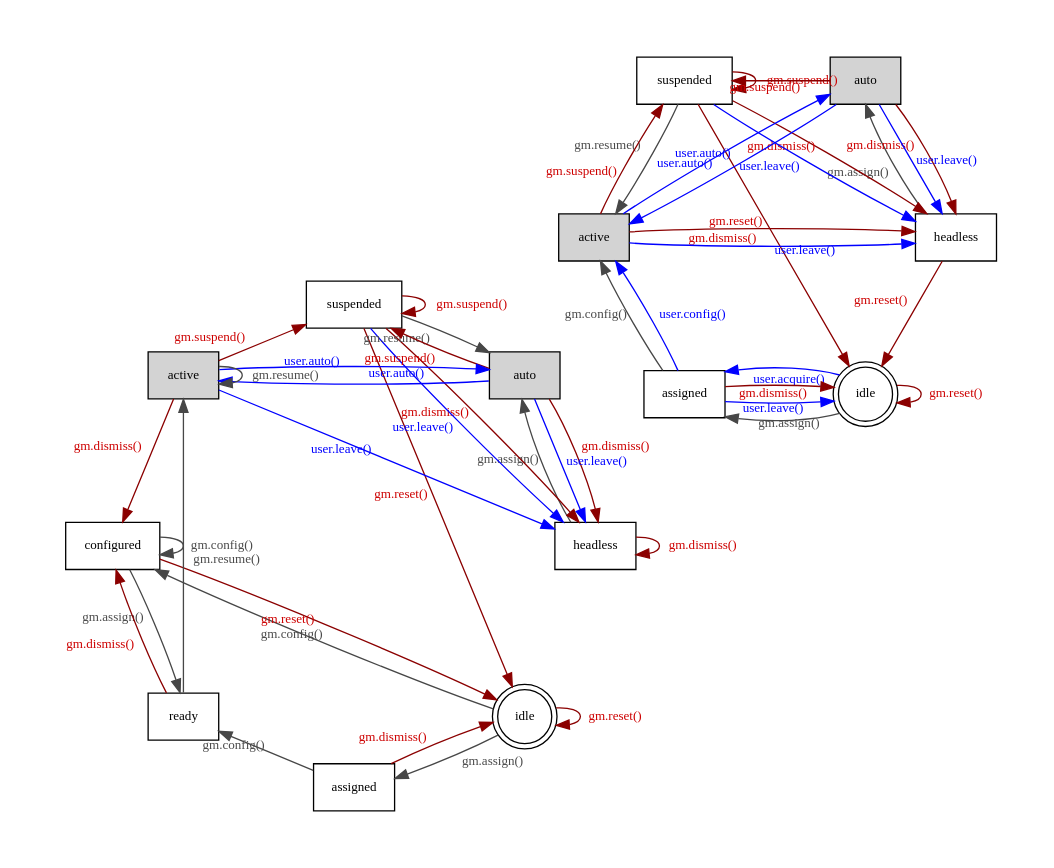
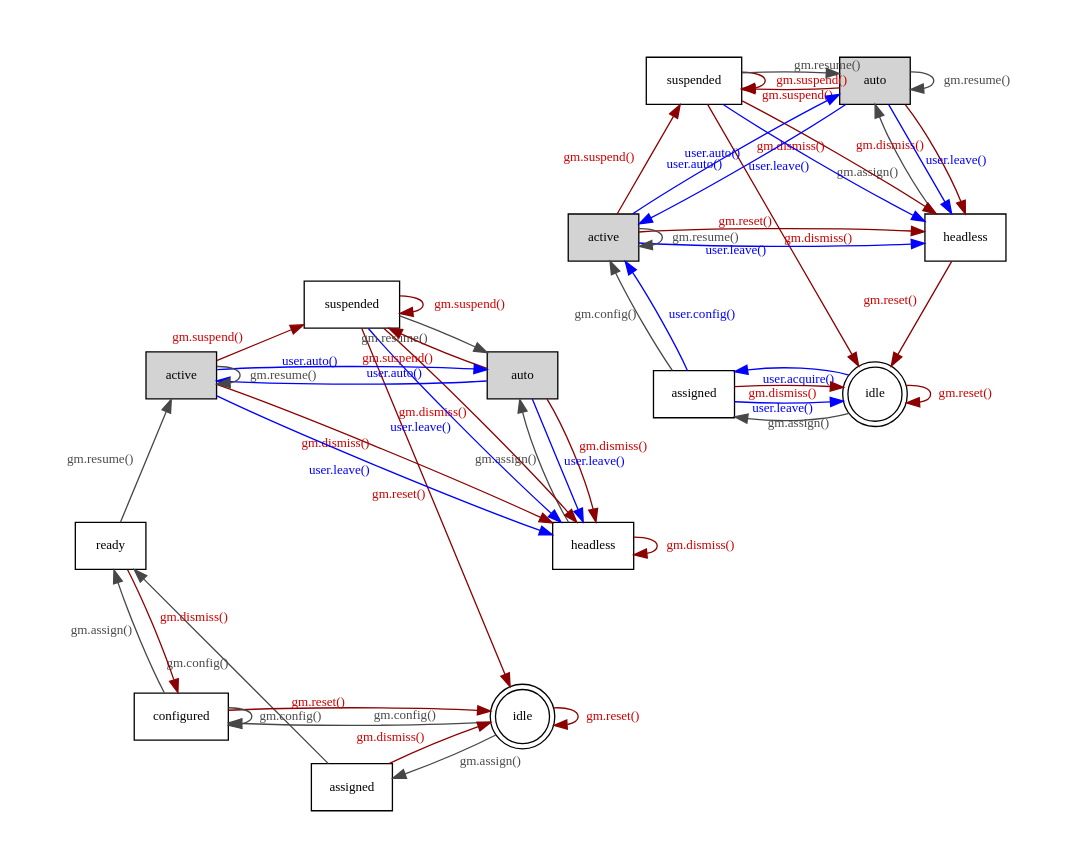
The diagram in docs/city-fsm.dot (jfsmig/hegemonie), drawn with Graphviz before and after one commit. The commit also changed 25 other files, not shown here.

```diff
--- a/docs/city-fsm.dot
+++ b/docs/city-fsm.dot
@@ -1,10 +1,10 @@
 digraph g {
-	pad=0.5;
-	layout=circo;
-	rankdir=LR;
-	graph[scale=2];
-	node[fontsize=10];
-	edge[fontsize=10];
+  pad=0.5;
+  layout=circo;
+  rankdir=LR;
+  graph[scale=2];
+  node[fontsize=10];
+  edge[fontsize=10];
 
   subgraph cluster_private {
     node            [shape=doublecircle];
@@ -15,124 +15,124 @@
     priv_ready      [label="ready"];
     priv_headless   [label="headless"];
     priv_suspended  [label="suspended"];
-		node            [style=filled;fillcolor=lightgrey];
+    node            [style=filled;fillcolor=lightgrey];
     priv_auto       [label="auto"];
     priv_active     [label="active"];
 
-		edge[color=gray28;fontcolor=gray29];
+    edge[color=gray28;fontcolor=gray29];
     priv_idle -> priv_configured [label="gm.config()"];
     priv_idle -> priv_assigned   [label="gm.assign()"];
   //priv_idle -> error           [label="gm.resume()"];
-		edge[color=red4;fontcolor=red3];
+    edge[color=red4;fontcolor=red3];
   //priv_idle -> error           [label="gm.dismiss()"];
   //priv_idle -> error           [label="gm.suspend()"];
     priv_idle -> priv_idle       [label="gm.reset()"];  // no-op
-		edge[color=blue;fontcolor=blue];
+    edge[color=blue;fontcolor=blue];
   //priv_idle -> error           [label="user.config()"];
   //priv_idle -> error           [label="user.acquire()"];
   //priv_idle -> error           [label="user.leave()"];
   //priv_idle -> error           [label="user.auto()"];
 
-		edge[color=gray28;fontcolor=gray29];
+    edge[color=gray28;fontcolor=gray29];
     priv_assigned -> priv_ready    [label="gm.config()"];
   //priv_assigned -> error         [label="gm.assign()"];
   //priv_assigned -> error         [label="gm.resume()"];
-		edge[color=red4;fontcolor=red3];
+    edge[color=red4;fontcolor=red3];
     priv_assigned -> priv_idle     [label="gm.dismiss()"];
   //priv_assigned -> error         [label="gm.suspend()"];
   //priv_assigned -> error         [label="gm.reset()"];
-		edge[color=blue;fontcolor=blue];
+    edge[color=blue;fontcolor=blue];
   //priv_assigned -> error         [label="user.config()"];
   //priv_assigned -> error         [label="user.acquire()"];
   //priv_assigned -> error         [label="user.leave()"];
   //priv_assigned -> error         [label="user.auto()"];
 
-		edge[color=gray28;fontcolor=gray29];
+    edge[color=gray28;fontcolor=gray29];
     priv_configured -> priv_configured [label="gm.config()"];
     priv_configured -> priv_ready      [label="gm.assign()"];
   //priv_configured -> error           [label="gm.resume()"];
-		edge[color=red4;fontcolor=red3];
+    edge[color=red4;fontcolor=red3];
   //priv_configured -> error           [label="gm.dismiss()"];
   //priv_configured -> error           [label="gm.suspend()"];
     priv_configured -> priv_idle       [label="gm.reset()"];
-		edge[color=blue;fontcolor=blue];
+    edge[color=blue;fontcolor=blue];
   //priv_configured -> error           [label="user.config()"];
   //priv_configured -> error           [label="user.acquire()"];
   //priv_configured -> error           [label="user.leave()"];
   //priv_configured -> error           [label="user.auto()"];
 
-		edge[color=gray28;fontcolor=gray29];
+    edge[color=gray28;fontcolor=gray29];
   //priv_ready -> error           [label="gm.config()"];
   //priv_ready -> error           [label="gm.assign()"];
     priv_ready -> priv_active     [label="gm.resume()"];
-		edge[color=red4;fontcolor=red3];
+    edge[color=red4;fontcolor=red3];
     priv_ready -> priv_configured [label="gm.dismiss()"];
   //priv_ready -> error           [label="gm.suspend()"];
   //priv_ready -> error           [label="gm.reset()"];
-		edge[color=blue;fontcolor=blue];
+    edge[color=blue;fontcolor=blue];
   //priv_ready -> error           [label="user.config()"];
   //priv_ready -> error           [label="user.acquire()"];
   //priv_ready -> error           [label="user.leave()"];
   //priv_ready -> error           [label="user.auto()"];
 
-		edge[color=gray28;fontcolor=gray29];
+    edge[color=gray28;fontcolor=gray29];
   //priv_active -> error           [label="gm.config()"];
   //priv_active -> error           [label="gm.assign()"];
     priv_active -> priv_active     [label="gm.resume()"];  // no-op
-		edge[color=red4;fontcolor=red3];
-    priv_active -> priv_configured [label="gm.dismiss()"];
+    edge[color=red4;fontcolor=red3];
+    priv_active -> priv_headless   [label="gm.dismiss()"];
     priv_active -> priv_suspended  [label="gm.suspend()"];
   //priv_active -> error           [label="gm.reset()"];
-		edge[color=blue;fontcolor=blue];
+    edge[color=blue;fontcolor=blue];
   //priv_active -> error           [label="user.config()"];
   //priv_active -> error           [label="user.acquire()"];
     priv_active -> priv_headless   [label="user.leave()"];
     priv_active -> priv_auto       [label="user.auto()"];
 
-		edge[color=gray28;fontcolor=gray29];
+    edge[color=gray28;fontcolor=gray29];
   //priv_auto -> error           [label="gm.config()"];
   //priv_auto -> error           [label="gm.assign()"];
   //priv_auto -> error           [label="gm.resume()"];
-		edge[color=red4;fontcolor=red3];
+    edge[color=red4;fontcolor=red3];
     priv_auto -> priv_headless   [label="gm.dismiss()"];
     priv_auto -> priv_suspended  [label="gm.suspend()"];
   //priv_auto -> error           [label="gm.reset()"];
-		edge[color=blue;fontcolor=blue];
+    edge[color=blue;fontcolor=blue];
   //priv_auto -> error           [label="user.config()"];
   //priv_auto -> error           [label="user.acquire()"];
     priv_auto -> priv_headless   [label="user.leave()"];
     priv_auto -> priv_active     [label="user.auto()"];
 
-		edge[color=gray28;fontcolor=gray29];
+    edge[color=gray28;fontcolor=gray29];
   //priv_headless -> error           [label="gm.config()"];
     priv_headless -> priv_auto       [label="gm.assign()"];
   //priv_headless -> error           [label="gm.resume()"];
-		edge[color=red4;fontcolor=red3];
+    edge[color=red4;fontcolor=red3];
     priv_headless -> priv_headless   [label="gm.dismiss()"];  // no-op
   //priv_headless -> error           [label="gm.suspend()"];
   //priv_headless -> error           [label="gm.reset()"];
-		edge[color=blue;fontcolor=blue];
+    edge[color=blue;fontcolor=blue];
   //priv_headless -> error           [label="user.config()"];
   //priv_headless -> error           [label="user.acquire()"];
   //priv_headless -> error           [label="user.leave()"];
   //priv_headless -> error           [label="user.auto()"];
 
-		edge[color=gray28;fontcolor=gray29];
+    edge[color=gray28;fontcolor=gray29];
   //priv_suspended -> error           [label="gm.config()"];
   //priv_suspended -> error           [label="gm.assign()"];
     priv_suspended -> priv_auto       [label="gm.resume()"];
-		edge[color=red4;fontcolor=red3];
+    edge[color=red4;fontcolor=red3];
     priv_suspended -> priv_headless   [label="gm.dismiss()"];
     priv_suspended -> priv_suspended  [label="gm.suspend()"];  // no-op
     priv_suspended -> priv_idle       [label="gm.reset()"];
-		edge[color=blue;fontcolor=blue];
+    edge[color=blue;fontcolor=blue];
   //priv_suspended -> error           [label="user.config()"];
   //priv_suspended -> error           [label="user.acquire()"];
     priv_suspended -> priv_headless   [label="user.leave()"];
   //priv_suspended -> error           [label="user.auto()"];
 
-		label="PRIVATE";
-		graph[style=dotted,labelloc=b]
+    label="PRIVATE";
+    graph[style=dotted,labelloc=b]
   }
 
   subgraph cluster_public {
@@ -142,95 +142,95 @@
     pub_assigned   [label="assigned"];
     pub_headless   [label="headless"];
     pub_suspended  [label="suspended"];
-		node           [style=filled;fillcolor=lightgrey];
+    node           [style=filled;fillcolor=lightgrey];
     pub_auto       [label="auto"];
     pub_active     [label="active"];
 
-		edge[color=gray28;fontcolor=gray29];
+    edge[color=gray28;fontcolor=gray29];
   //pub_idle -> error           [label="gm.config()"];
     pub_idle -> pub_assigned    [label="gm.assign()"];
   //pub_idle -> error           [label="gm.resume()"];
-		edge[color=red4;fontcolor=red3];
+    edge[color=red4;fontcolor=red3];
   //pub_idle -> error           [label="gm.dismiss()"];
   //pub_idle -> error           [label="gm.suspend()"];
     pub_idle -> pub_idle        [label="gm.reset()"];  // no-op
-		edge[color=blue;fontcolor=blue];
+    edge[color=blue;fontcolor=blue];
   //pub_idle -> error           [label="user.config()"];
     pub_idle -> pub_assigned    [label="user.acquire()"];
   //pub_idle -> error           [label="user.leave()"];
   //pub_idle -> error           [label="user.auto()"];
 
-		edge[color=gray28;fontcolor=gray29];
+    edge[color=gray28;fontcolor=gray29];
     pub_assigned -> pub_active      [label="gm.config()"];
   //pub_assigned -> error           [label="gm.assign()"];
   //pub_assigned -> error           [label="gm.resume()"];
-		edge[color=red4;fontcolor=red3];
+    edge[color=red4;fontcolor=red3];
     pub_assigned -> pub_idle        [label="gm.dismiss()"];
   //pub_assigned -> error           [label="gm.suspend()"];
   //pub_assigned -> error           [label="gm.reset()"];
-		edge[color=blue;fontcolor=blue];
+    edge[color=blue;fontcolor=blue];
     pub_assigned -> pub_active      [label="user.config()"];
   //pub_assigned -> error           [label="user.acquire()"];
     pub_assigned -> pub_idle        [label="user.leave()"];
   //pub_assigned -> error           [label="user.auto()"];
 
-		edge[color=gray28;fontcolor=gray29];
+    edge[color=gray28;fontcolor=gray29];
   //pub_active -> error           [label="gm.config()"];
   //pub_active -> error           [label="gm.assign()"];
-  //pub_active -> error           [label="gm.resume()"];
-		edge[color=red4;fontcolor=red3];
+    pub_active -> pub_active      [label="gm.resume()"];  // no-op
+    edge[color=red4;fontcolor=red3];
     pub_active -> pub_headless    [label="gm.dismiss()"];
     pub_active -> pub_suspended   [label="gm.suspend()"];
   //pub_active -> error           [label="gm.reset()"];
-		edge[color=blue;fontcolor=blue];
+    edge[color=blue;fontcolor=blue];
   //pub_active -> error           [label="user.config()"];
   //pub_active -> error           [label="user.acquire()"];
     pub_active -> pub_headless    [label="user.leave()"];
     pub_active -> pub_auto        [label="user.auto()"];
 
-		edge[color=gray28;fontcolor=gray29];
+    edge[color=gray28;fontcolor=gray29];
   //pub_auto -> error           [label="gm.config()"];
   //pub_auto -> error           [label="gm.assign()"];
-  //pub_auto -> error           [label="gm.resume()"];
-		edge[color=red4;fontcolor=red3];
+    pub_auto -> pub_auto        [label="gm.resume()"];
+    edge[color=red4;fontcolor=red3];
     pub_auto -> pub_headless    [label="gm.dismiss()"];
     pub_auto -> pub_suspended   [label="gm.suspend()"];
   //pub_auto -> error           [label="gm.reset()"];
-		edge[color=blue;fontcolor=blue];
+    edge[color=blue;fontcolor=blue];
   //pub_auto -> error           [label="user.config()"];
   //pub_auto -> error           [label="user.acquire()"];
     pub_auto -> pub_headless    [label="user.leave()"];
     pub_auto -> pub_active      [label="user.auto()"];
 
-		edge[color=gray28;fontcolor=gray29];
+    edge[color=gray28;fontcolor=gray29];
   //pub_headless -> error           [label="gm.config()"];
     pub_headless -> pub_auto        [label="gm.assign()"];
   //pub_headless -> error           [label="gm.resume()"];
-		edge[color=red4;fontcolor=red3];
+    edge[color=red4;fontcolor=red3];
   //pub_headless -> error           [label="gm.dismiss()"];
   //pub_headless -> error           [label="gm.suspend()"];
     pub_headless -> pub_idle        [label="gm.reset()"];
-		edge[color=blue;fontcolor=blue];
+    edge[color=blue;fontcolor=blue];
   //pub_headless -> error           [label="user.config()"];
   //pub_headless -> error           [label="user.acquire()"];
   //pub_headless -> error           [label="user.leave()"];
   //pub_headless -> error           [label="user.auto()"];
 
-		edge[color=gray28;fontcolor=gray29];
+    edge[color=gray28;fontcolor=gray29];
   //pub_suspended -> error           [label="gm.config()"];
   //pub_suspended -> error           [label="gm.assign()"];
-    pub_suspended -> pub_active      [label="gm.resume()"];
-		edge[color=red4;fontcolor=red3];
+    pub_suspended -> pub_auto        [label="gm.resume()"];
+    edge[color=red4;fontcolor=red3];
     pub_suspended -> pub_headless    [label="gm.dismiss()"];
     pub_suspended -> pub_suspended   [label="gm.suspend()"];  // no-op
     pub_suspended -> pub_idle        [label="gm.reset()"];
-		edge[color=blue;fontcolor=blue];
+    edge[color=blue;fontcolor=blue];
   //pub_suspended -> error           [label="user.config()"];
   //pub_suspended -> error           [label="user.acquire()"];
     pub_suspended -> pub_headless    [label="user.leave()"];
   //pub_suspended -> error           [label="user.auto()"];
 
-		label="PUBLIC";
-		graph[style=dotted,labelloc=b]
+    label="PUBLIC";
+    graph[style=dotted,labelloc=b]
   }
 }
```
